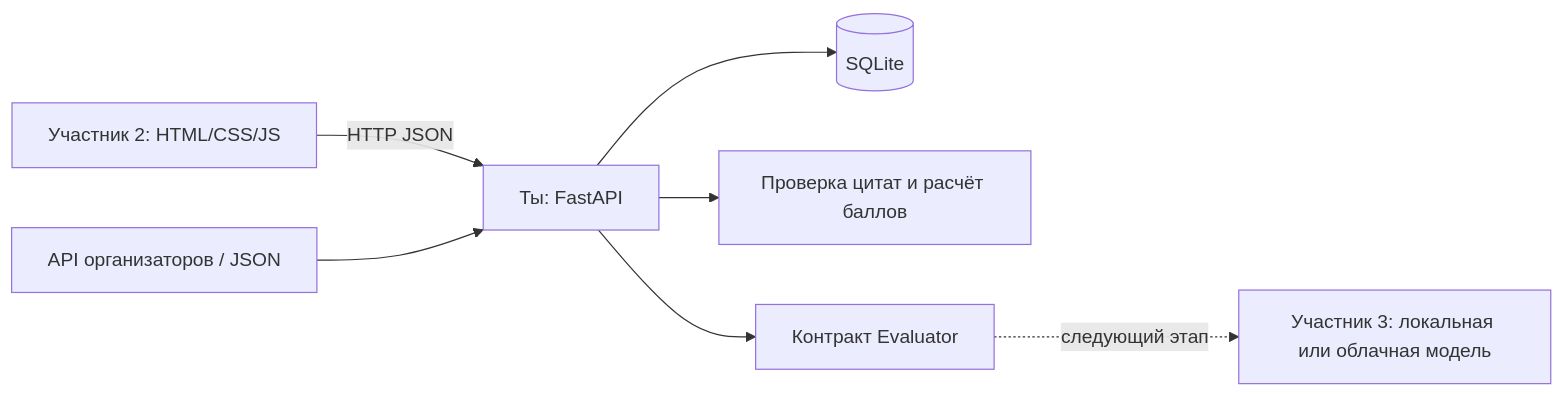
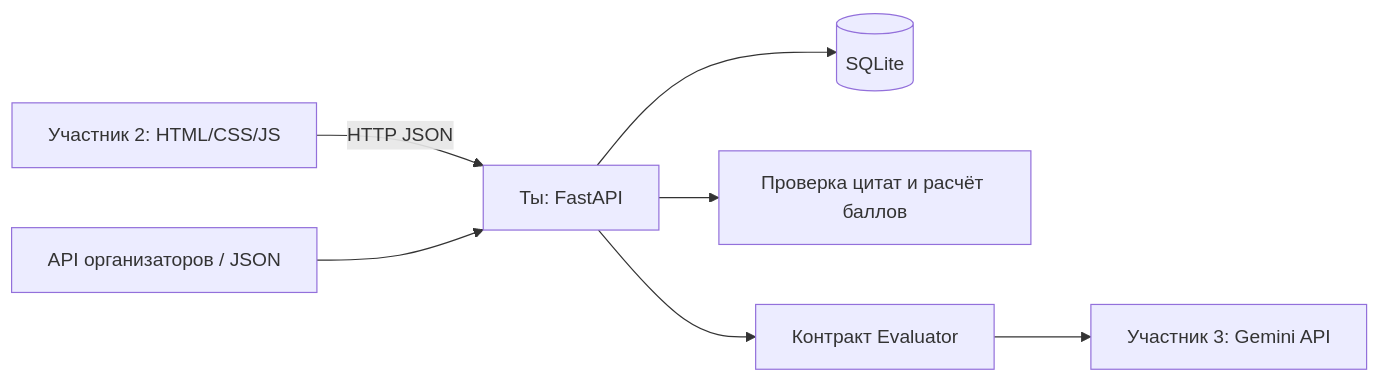
One commit to 8zellorr8/data_ch changed the diagram in README.md. Above: the diagram before and after it, drawn with Mermaid. The commit also changed other lines of this file and 12 other files, not shown here.

````diff
--- a/README.md
+++ b/README.md
@@ -45,9 +47,9 @@
 ```mermaid
 flowchart LR
     F[Участник 2: HTML/CSS/JS] -->|HTTP JSON| B[Ты: FastAPI]
     O[API организаторов / JSON] --> B
     B --> S[(SQLite)]
     B --> V[Проверка цитат и расчёт баллов]
     B --> E[Контракт Evaluator]
-    E -. следующий этап .-> M[Участник 3: локальная или облачная модель]
+    E --> M[Участник 3: Gemini API]
 ```
````
